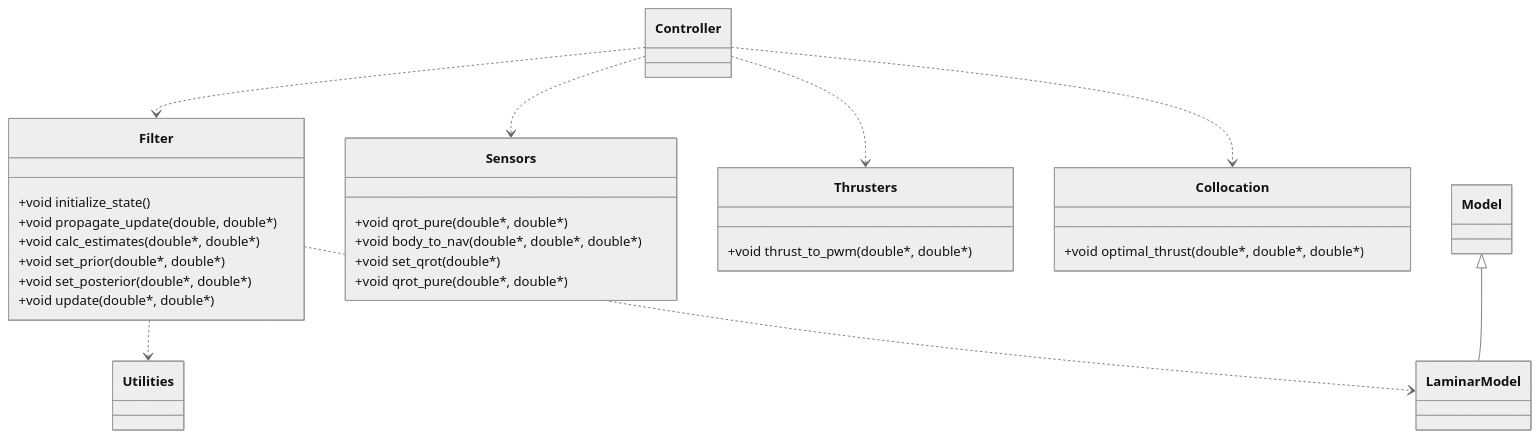
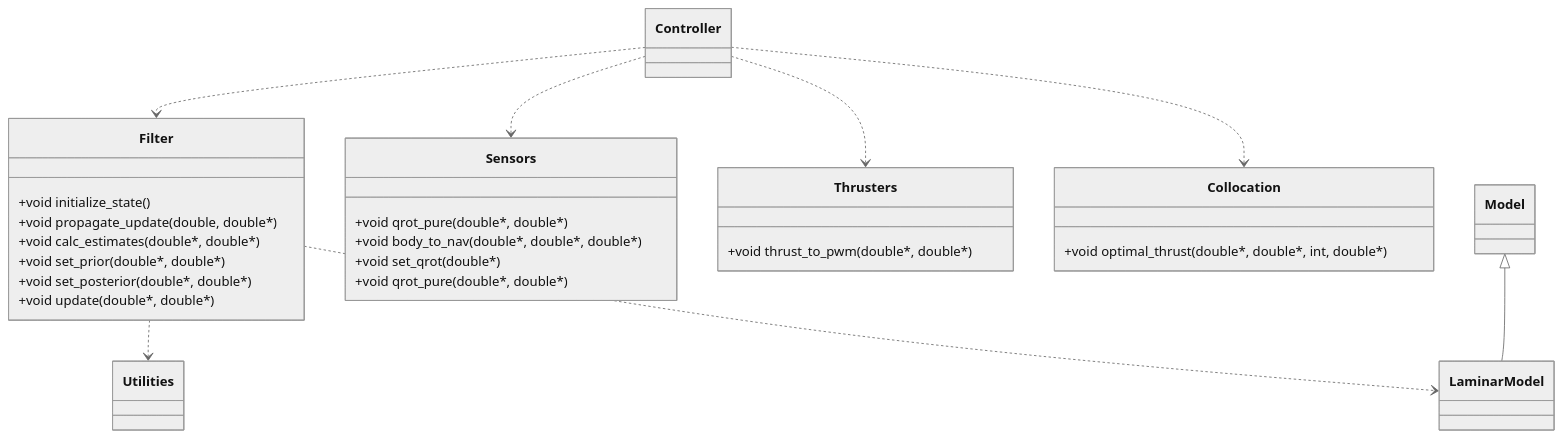
Before and after one commit to teichen/stormfin: the diagram in README.md, drawn with Mermaid (neutral theme). The commit also changed 2 other files, not shown here.

Commit message:
add simple low thrust collocation absent sensor data

````diff
--- a/README.md
+++ b/README.md
@@ -21,22 +21,22 @@
 ```mermaid
 classDiagram
     Controller ..> Filter
     Controller ..> Sensors
     Controller ..> Thrusters
     Controller ..> Collocation
     Filter ..> Utilities
     Filter ..> LaminarModel
     Model <|-- LaminarModel
     Filter : +void initialize_state()
     Filter : +void propagate_update(double, double*)
     Filter : +void calc_estimates(double*, double*)
     Filter : +void set_prior(double*, double*)
     Filter : +void set_posterior(double*, double*)
     Filter : +void update(double*, double*)
     Sensors : +void qrot_pure(double*, double*)
     Sensors : +void body_to_nav(double*, double*, double*)
     Sensors : +void set_qrot(double*)
     Sensors : +void qrot_pure(double*, double*)
     Thrusters : +void thrust_to_pwm(double*, double*)
-    Collocation : +void optimal_thrust(double*, double*, double*)
+    Collocation : +void optimal_thrust(double*, double*, int, double*)
 ```
````
